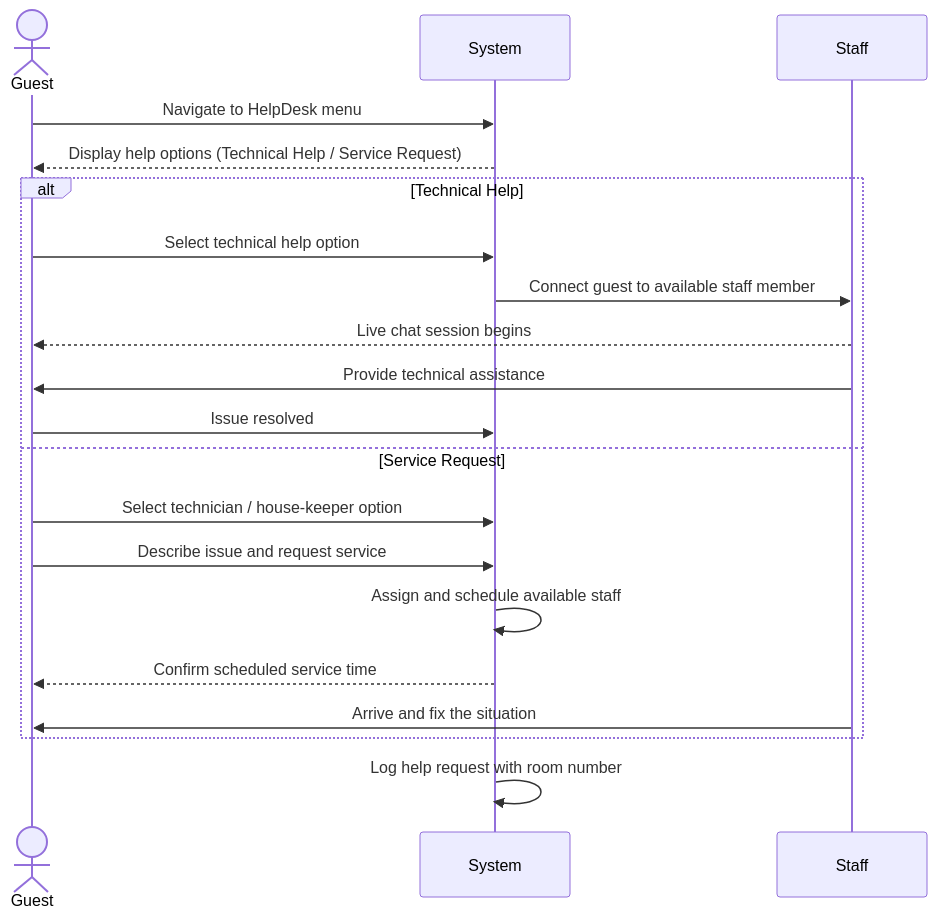
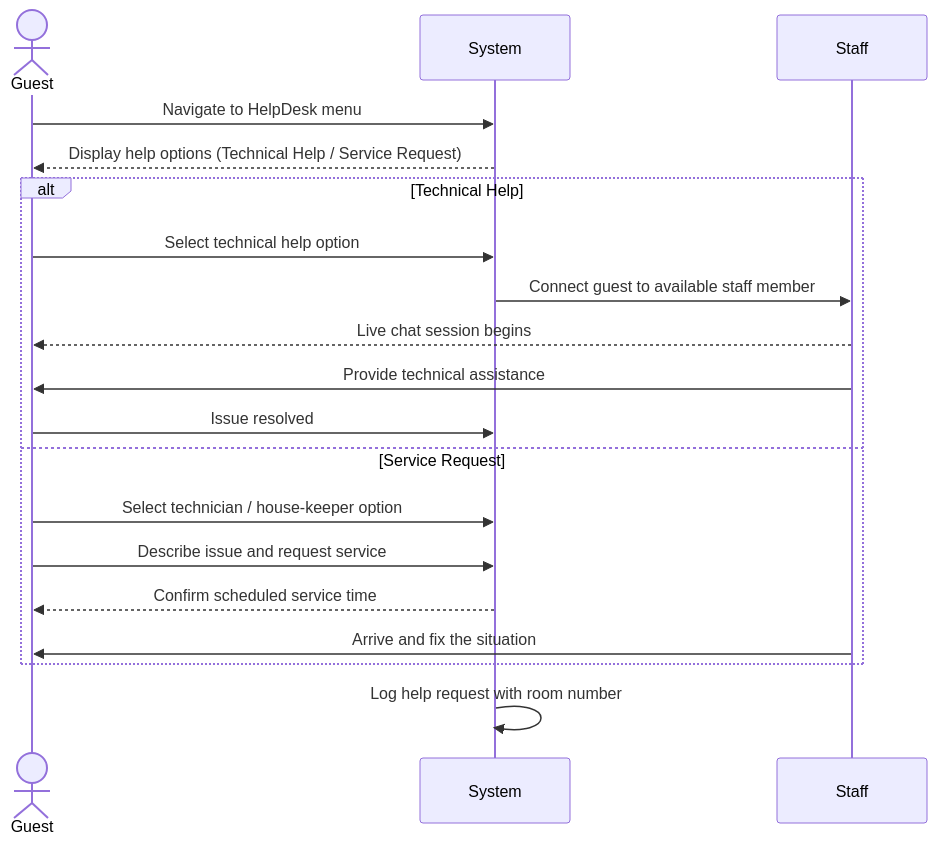
Before and after one commit to JaceYar/Software1-Proj: diagram 18 of 19 in Documentation/ExportDraft.md, drawn with Mermaid. The commit also changed other lines of this file and 17 other files, not shown here.

````diff
--- a/Documentation/ExportDraft.md
+++ b/Documentation/ExportDraft.md
@@ -687,25 +641,24 @@
 ```mermaid
 sequenceDiagram
     actor Guest
     participant System
     participant Staff
 
     Guest->>System: Navigate to HelpDesk menu
     System-->>Guest: Display help options (Technical Help / Service Request)
 
     alt Technical Help
         Guest->>System: Select technical help option
         System->>Staff: Connect guest to available staff member
         Staff-->>Guest: Live chat session begins
         Staff->>Guest: Provide technical assistance
         Guest->>System: Issue resolved
     else Service Request
         Guest->>System: Select technician / house-keeper option
         Guest->>System: Describe issue and request service
-        System->>System: Assign and schedule available staff
         System-->>Guest: Confirm scheduled service time
         Staff->>Guest: Arrive and fix the situation
     end
 
     System->>System: Log help request with room number
 ```
````
